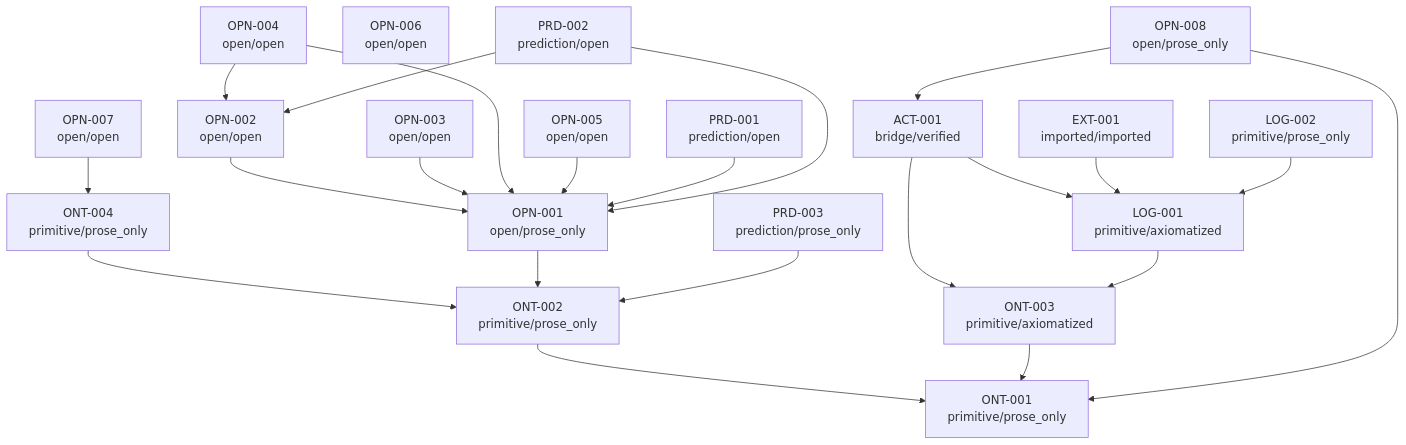
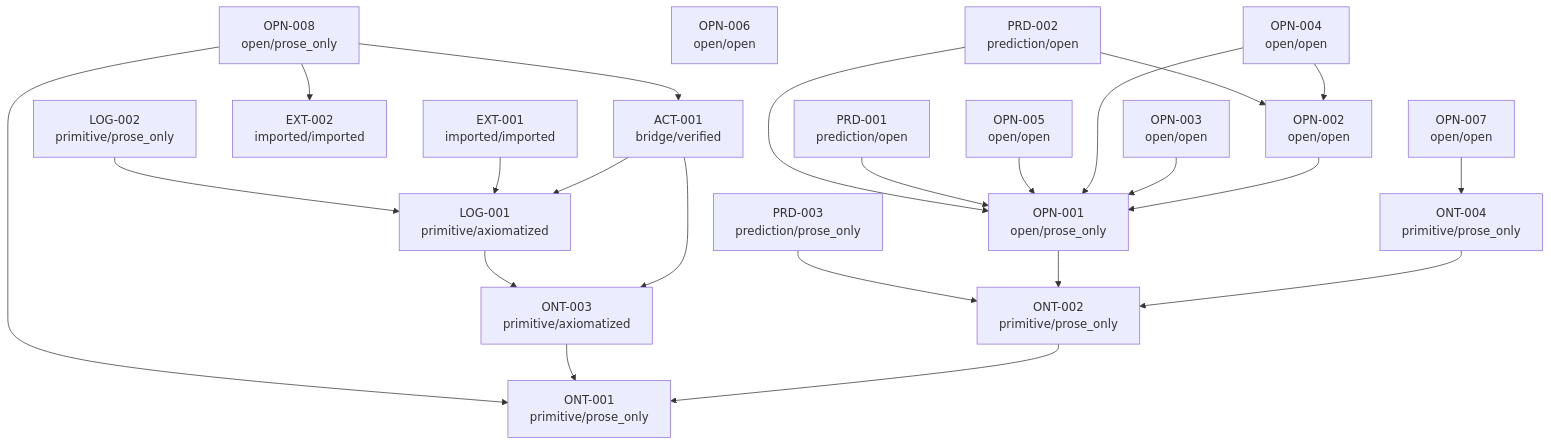
Before and after one commit to jdlongmire/triadic-reality-theory: the diagram in traceability/generated/dependency-graph.mmd, drawn with Mermaid. The commit also changed 9 other files, not shown here.

```diff
--- a/traceability/generated/dependency-graph.mmd
+++ b/traceability/generated/dependency-graph.mmd
@@ -1,41 +1,43 @@
 graph TD
   ACT-001["ACT-001<br/>bridge/verified"]
   EXT-001["EXT-001<br/>imported/imported"]
+  EXT-002["EXT-002<br/>imported/imported"]
   LOG-001["LOG-001<br/>primitive/axiomatized"]
   LOG-002["LOG-002<br/>primitive/prose_only"]
   ONT-001["ONT-001<br/>primitive/prose_only"]
   ONT-002["ONT-002<br/>primitive/prose_only"]
   ONT-003["ONT-003<br/>primitive/axiomatized"]
   ONT-004["ONT-004<br/>primitive/prose_only"]
   OPN-001["OPN-001<br/>open/prose_only"]
   OPN-002["OPN-002<br/>open/open"]
   OPN-003["OPN-003<br/>open/open"]
   OPN-004["OPN-004<br/>open/open"]
   OPN-005["OPN-005<br/>open/open"]
   OPN-006["OPN-006<br/>open/open"]
   OPN-007["OPN-007<br/>open/open"]
   OPN-008["OPN-008<br/>open/prose_only"]
   PRD-001["PRD-001<br/>prediction/open"]
   PRD-002["PRD-002<br/>prediction/open"]
   PRD-003["PRD-003<br/>prediction/prose_only"]
   ACT-001 --> ONT-003
   ACT-001 --> LOG-001
   EXT-001 --> LOG-001
   LOG-001 --> ONT-003
   LOG-002 --> LOG-001
   ONT-002 --> ONT-001
   ONT-003 --> ONT-001
   ONT-004 --> ONT-002
   OPN-001 --> ONT-002
   OPN-002 --> OPN-001
   OPN-003 --> OPN-001
   OPN-004 --> OPN-002
   OPN-004 --> OPN-001
   OPN-005 --> OPN-001
   OPN-007 --> ONT-004
   OPN-008 --> ONT-001
   OPN-008 --> ACT-001
+  OPN-008 --> EXT-002
   PRD-001 --> OPN-001
   PRD-002 --> OPN-001
   PRD-002 --> OPN-002
   PRD-003 --> ONT-002
```
